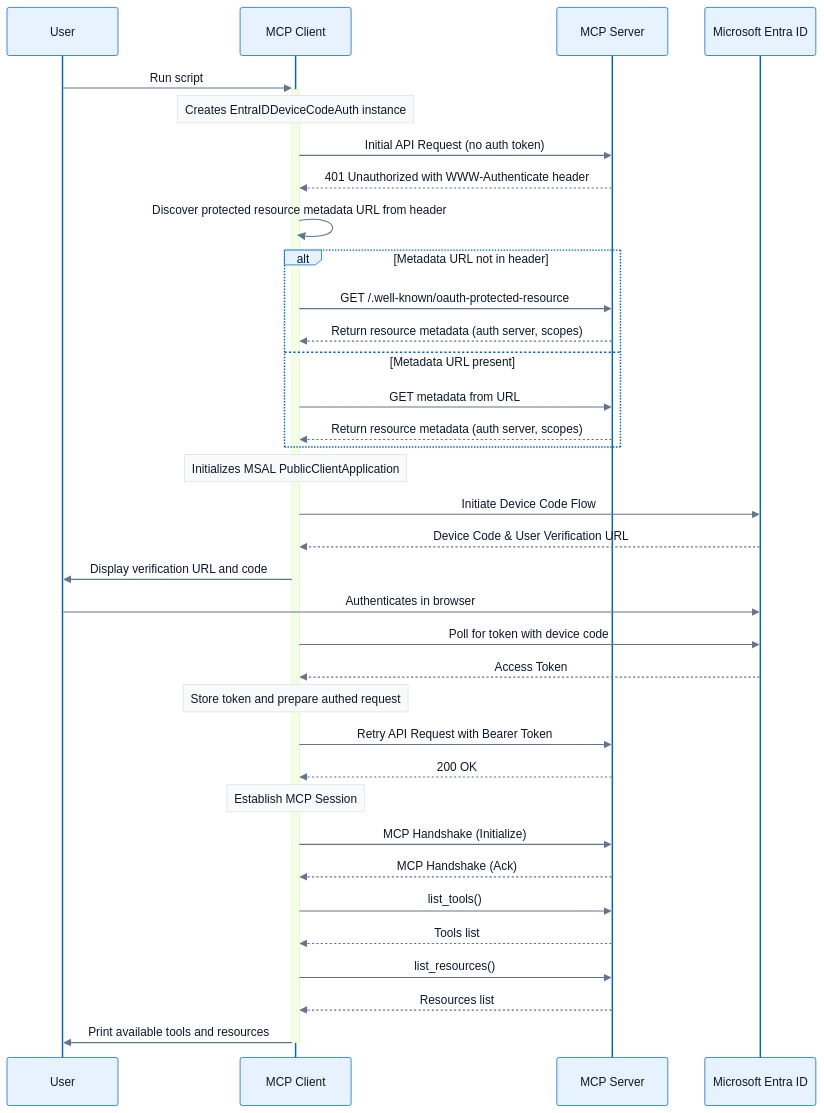
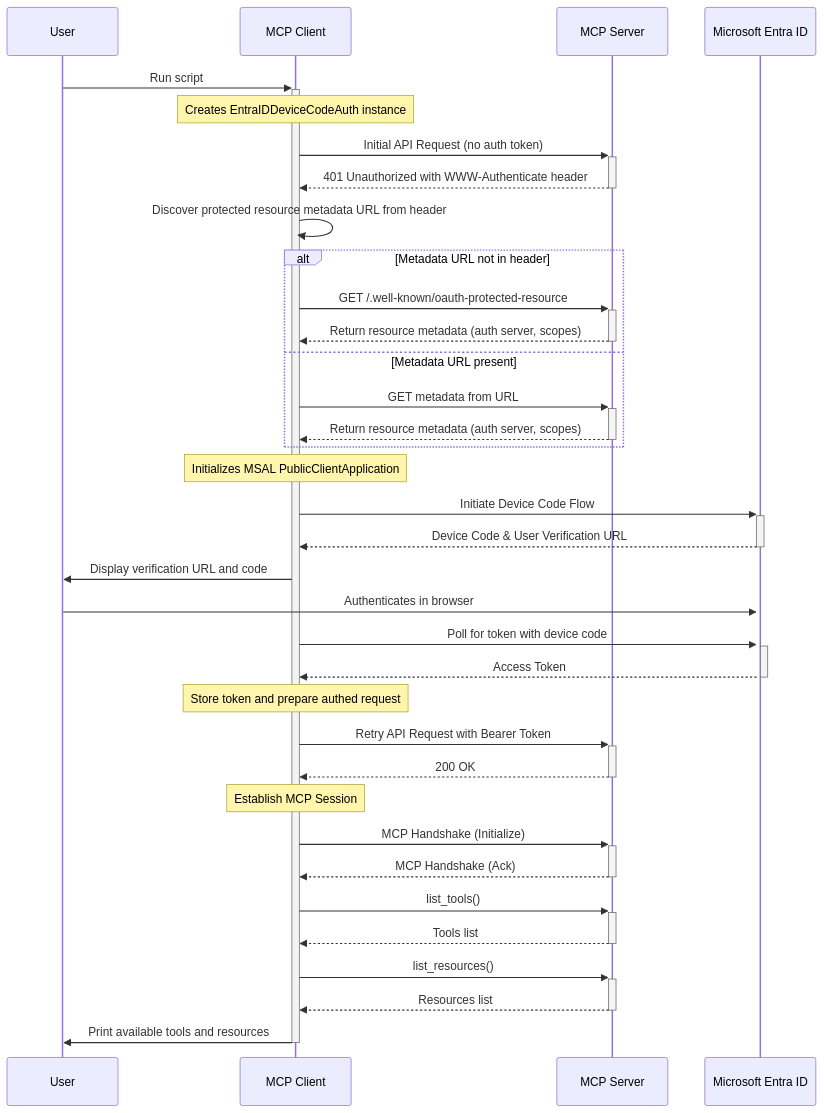
Before and after one commit to huangyingting/mcp-workshop: the second of 5 diagrams in README.md, drawn with Mermaid. The commit also changed other lines of this file, not shown here.

````diff
--- a/README.md
+++ b/README.md
@@ -328,62 +315,48 @@
 ```mermaid
-%%{init: {'theme': 'base', 'themeVariables': {
-  'fontFamily': 'Inter,Segoe UI,Arial,sans-serif',
-  'primaryColor': '#e6f3ff',
-  'primaryBorderColor': '#0066cc',
-  'primaryTextColor': '#0f172a',
-  'tertiaryColor': '#f8fafc',
-  'lineColor': '#64748b',
-  'actorBkg': '#e6f3ff',
-  'actorBorderColor': '#0066cc',
-  'signalColor': '#64748b',
-  'signalTextColor': '#0f172a',
-  'noteBkgColor': '#f8fafc',
-  'noteTextColor': '#0f172a'
-}}}%%
 sequenceDiagram
     participant User
     participant Client as MCP Client
     participant MCPServer as MCP Server
     participant EntraID as Microsoft Entra ID
 
     User->>+Client: Run script
 
     Note over Client: Creates EntraIDDeviceCodeAuth instance
-    Client->>MCPServer: Initial API Request (no auth token)
-    MCPServer-->>Client: 401 Unauthorized with WWW-Authenticate header
+    Client->>+MCPServer: Initial API Request (no auth token)
+    MCPServer-->>-Client: 401 Unauthorized with WWW-Authenticate header
 
     Client->>Client: Discover protected resource metadata URL from header
     alt Metadata URL not in header
-        Client->>MCPServer: GET /.well-known/oauth-protected-resource
-        MCPServer-->>Client: Return resource metadata (auth server, scopes)
+        Client->>+MCPServer: GET /.well-known/oauth-protected-resource
+        MCPServer-->>-Client: Return resource metadata (auth server, scopes)
     else Metadata URL present
-        Client->>MCPServer: GET metadata from URL
-        MCPServer-->>Client: Return resource metadata (auth server, scopes)
+        Client->>+MCPServer: GET metadata from URL
+        MCPServer-->>-Client: Return resource metadata (auth server, scopes)
     end
 
     Note over Client: Initializes MSAL PublicClientApplication
-    Client->>EntraID: Initiate Device Code Flow
-    EntraID-->>Client: Device Code & User Verification URL
+    Client->>+EntraID: Initiate Device Code Flow
+    EntraID-->>-Client: Device Code & User Verification URL
 
     Client->>User: Display verification URL and code
-    User->>EntraID: Authenticates in browser
+    User->>+EntraID: Authenticates in browser
     
-    Client->>EntraID: Poll for token with device code
-    EntraID-->>Client: Access Token
+    Client->>+EntraID: Poll for token with device code
+    EntraID-->>-Client: Access Token
 
     Note over Client: Store token and prepare authed request
-    Client->>MCPServer: Retry API Request with Bearer Token
-    MCPServer-->>Client: 200 OK
+    Client->>+MCPServer: Retry API Request with Bearer Token
+    MCPServer-->>-Client: 200 OK
 
     Note over Client: Establish MCP Session
-    Client->>MCPServer: MCP Handshake (Initialize)
-    MCPServer-->>Client: MCP Handshake (Ack)
+    Client->>+MCPServer: MCP Handshake (Initialize)
+    MCPServer-->>-Client: MCP Handshake (Ack)
 
-    Client->>MCPServer: list_tools()
-    MCPServer-->>Client: Tools list
+    Client->>+MCPServer: list_tools()
+    MCPServer-->>-Client: Tools list
 
-    Client->>MCPServer: list_resources()
-    MCPServer-->>Client: Resources list
+    Client->>+MCPServer: list_resources()
+    MCPServer-->>-Client: Resources list
 
     Client->>-User: Print available tools and resources
 ```
````
